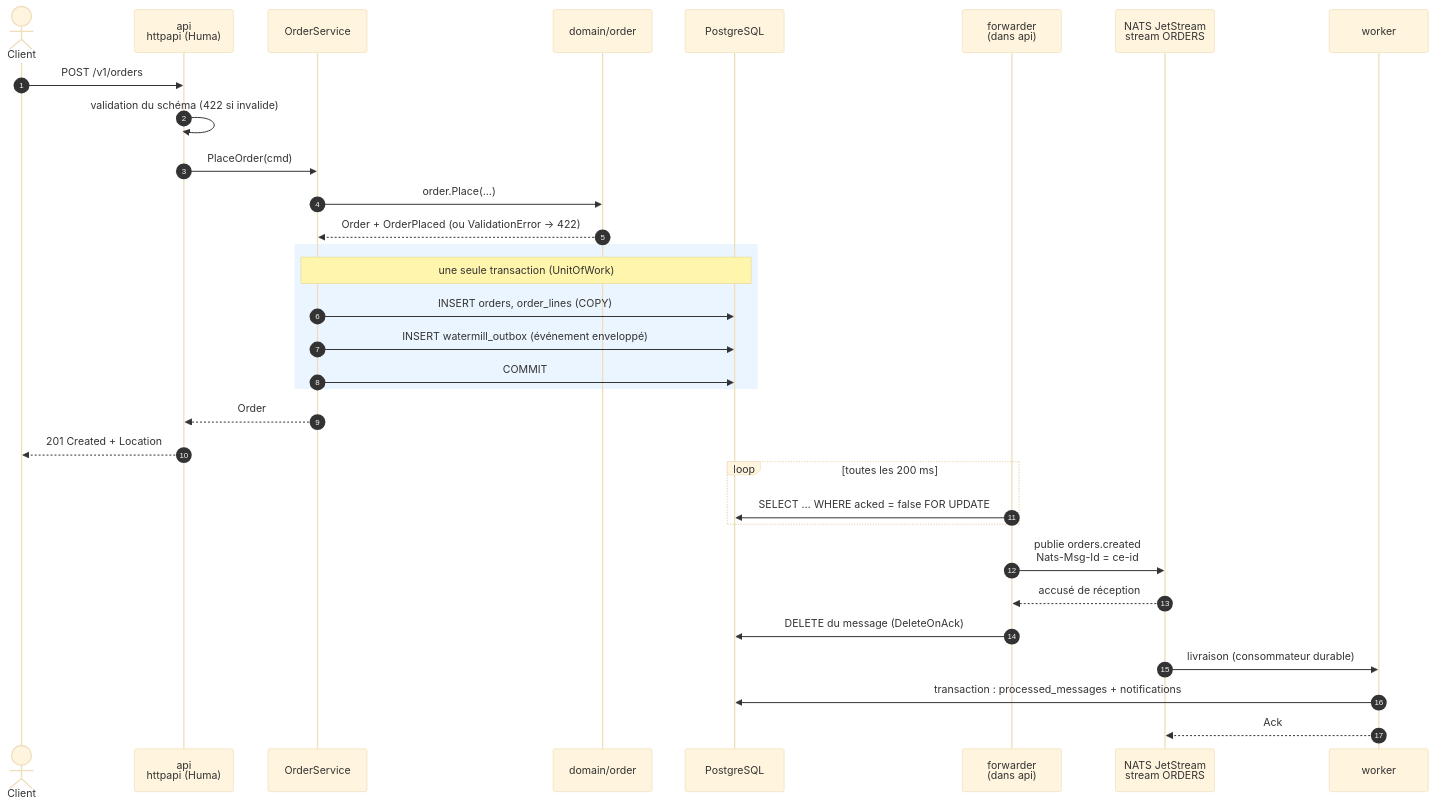
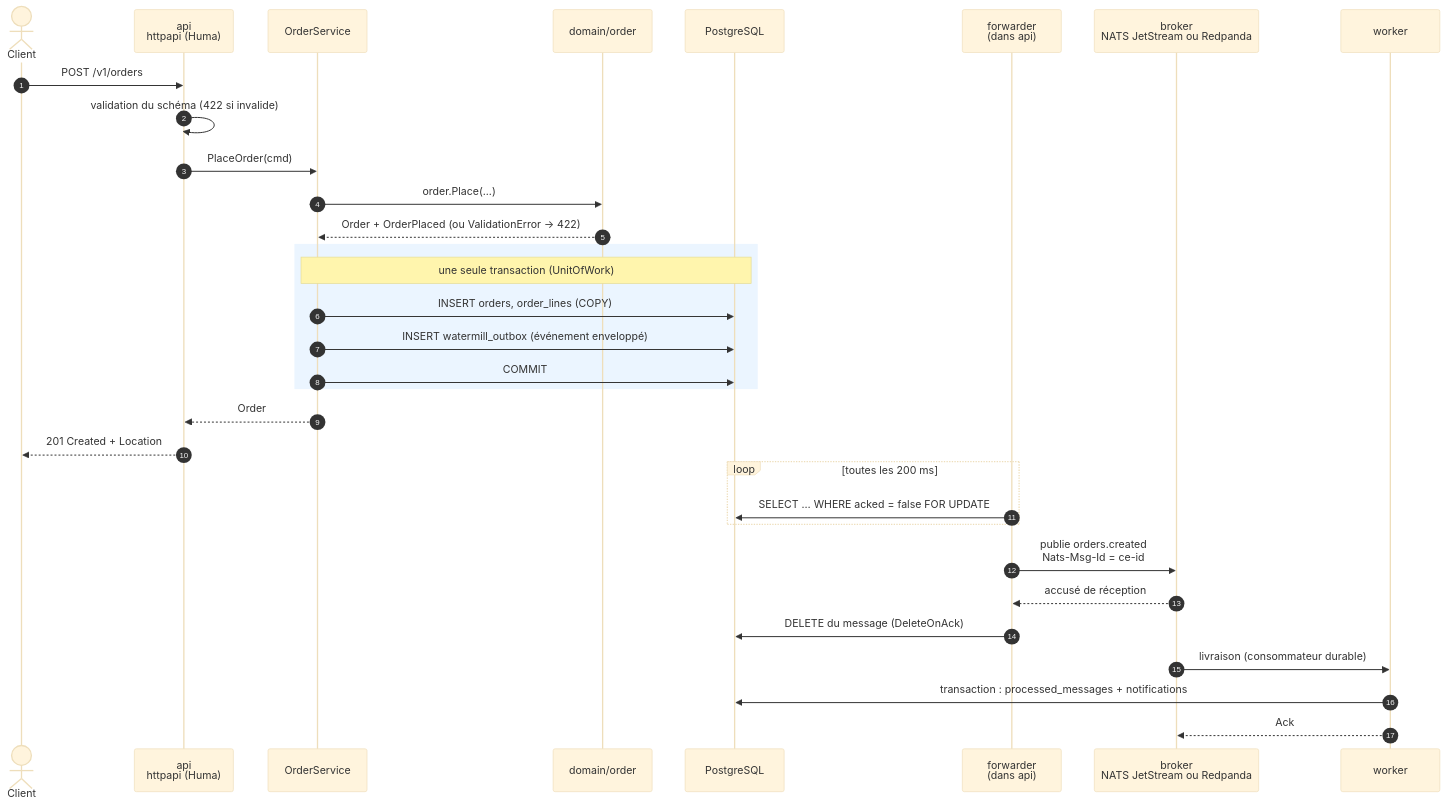
The diagram in assets/03-place-order.md (laurentpoirierfr/go-api-skeleton), drawn with Mermaid (base theme) before and after one commit. The commit also changed other lines of this file and 22 other files, not shown here.

First line of the commit message:
Messagerie au choix : NATS JetStream ou Redpanda, et fichiers .env d'exemple

````diff
--- a/assets/03-place-order.md
+++ b/assets/03-place-order.md
@@ -7,39 +7,39 @@
 ```mermaid
 sequenceDiagram
     autonumber
     actor Client
     participant API as api<br/>httpapi (Huma)
     participant Svc as OrderService
     participant Dom as domain/order
     participant DB as PostgreSQL
     participant Fwd as forwarder<br/>(dans api)
-    participant JS as NATS JetStream<br/>stream ORDERS
+    participant JS as broker<br/>NATS JetStream ou Redpanda
     participant W as worker
 
     Client->>API: POST /v1/orders
     API->>API: validation du schéma (422 si invalide)
     API->>Svc: PlaceOrder(cmd)
     Svc->>Dom: order.Place(...)
     Dom-->>Svc: Order + OrderPlaced (ou ValidationError → 422)
 
     rect rgb(235, 245, 255)
     note over Svc,DB: une seule transaction (UnitOfWork)
     Svc->>DB: INSERT orders, order_lines (COPY)
     Svc->>DB: INSERT watermill_outbox (événement enveloppé)
     Svc->>DB: COMMIT
     end
 
     Svc-->>API: Order
     API-->>Client: 201 Created + Location
 
     loop toutes les 200 ms
         Fwd->>DB: SELECT … WHERE acked = false FOR UPDATE
     end
     Fwd->>JS: publie orders.created<br/>Nats-Msg-Id = ce-id
     JS-->>Fwd: accusé de réception
     Fwd->>DB: DELETE du message (DeleteOnAck)
 
     JS->>W: livraison (consommateur durable)
     W->>DB: transaction : processed_messages + notifications
     W-->>JS: Ack
 ```
````
